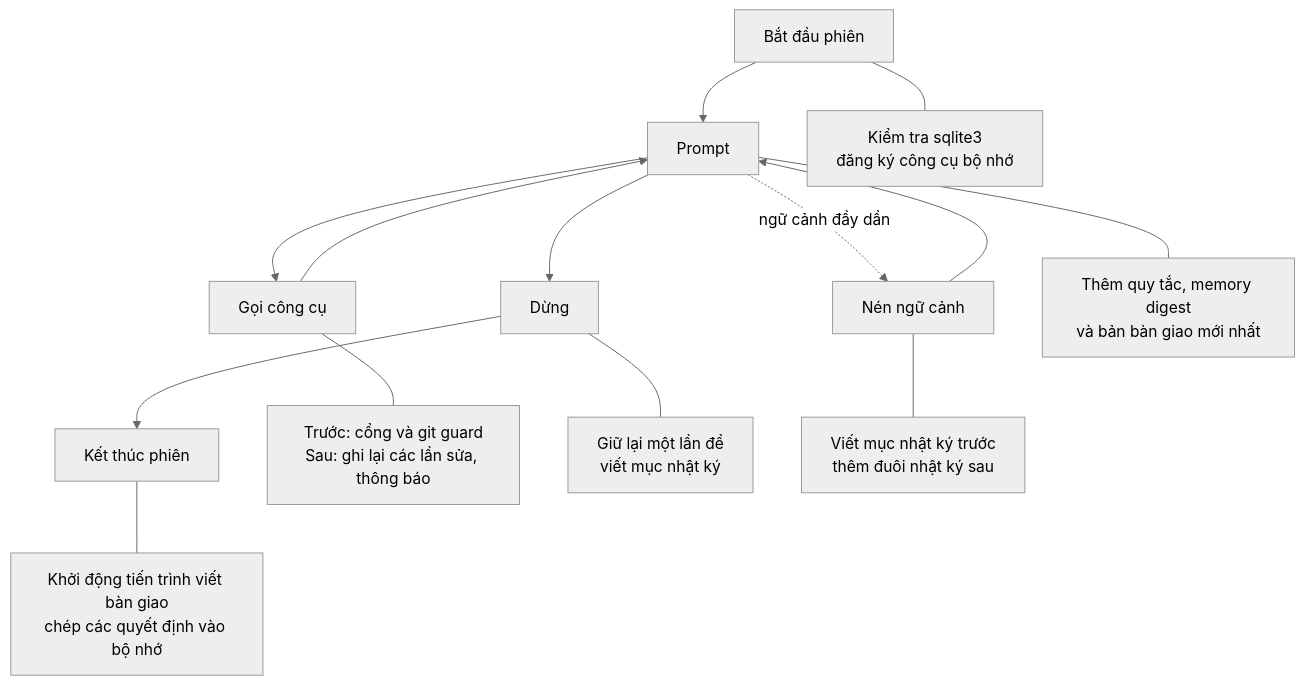
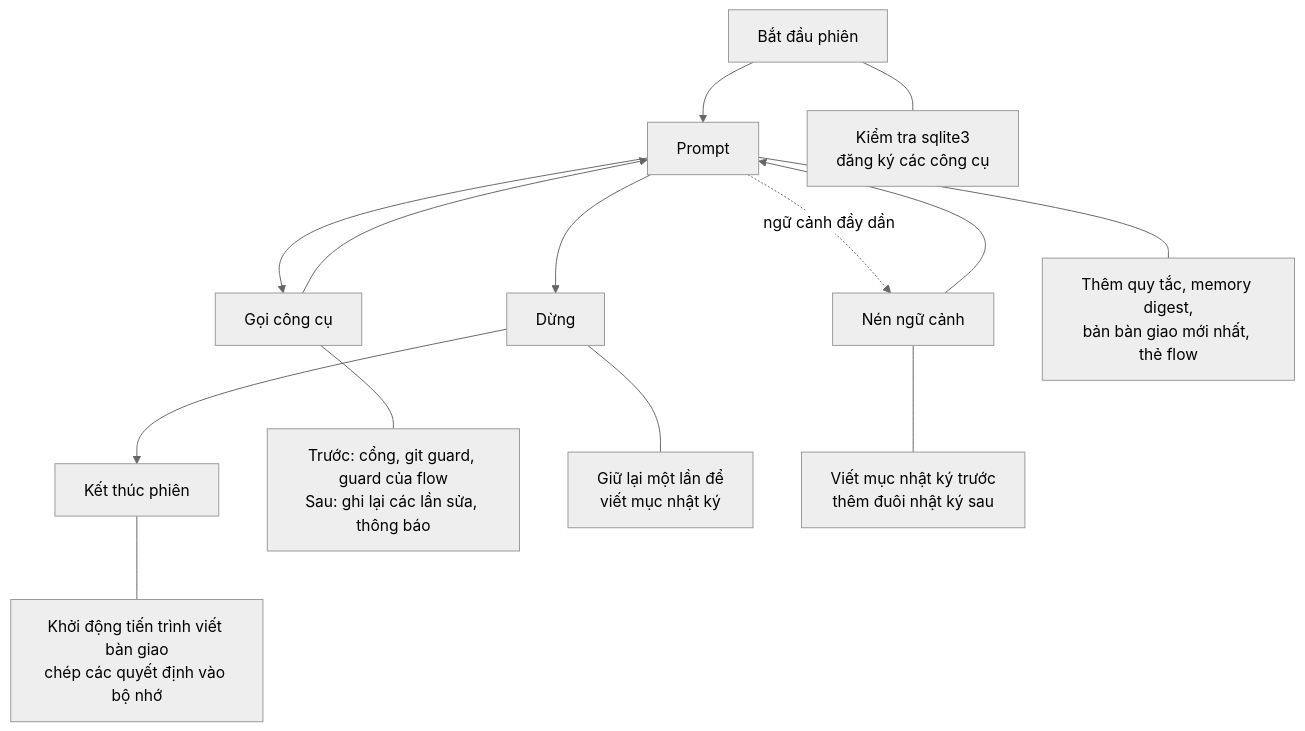
One commit to phantanphatdgteam-gif/snagon-dev-mods changed the first of 2 diagrams in README.vi.md. Above: the diagram before and after it, drawn with Mermaid (neutral theme). The commit also changed other lines of this file and 10 other files, not shown here.

````diff
--- a/README.vi.md
+++ b/README.vi.md
@@ -22,16 +37,16 @@
 ```mermaid
 flowchart TD
   A["Bắt đầu phiên"] --> B["Prompt"]
   B --> C["Gọi công cụ"]
   C --> B
   B --> D["Dừng"]
   D --> E["Kết thúc phiên"]
   B -.->|ngữ cảnh đầy dần| F["Nén ngữ cảnh"]
   F --> B
-  A --- A1["Kiểm tra sqlite3<br/>đăng ký công cụ bộ nhớ"]
-  B --- B1["Thêm quy tắc, memory digest<br/>và bản bàn giao mới nhất"]
-  C --- C1["Trước: cổng và git guard<br/>Sau: ghi lại các lần sửa, thông báo"]
+  A --- A1["Kiểm tra sqlite3<br/>đăng ký các công cụ"]
+  B --- B1["Thêm quy tắc, memory digest,<br/>bản bàn giao mới nhất, thẻ flow"]
+  C --- C1["Trước: cổng, git guard, guard của flow<br/>Sau: ghi lại các lần sửa, thông báo"]
   D --- D1["Giữ lại một lần để<br/>viết mục nhật ký"]
   F --- F1["Viết mục nhật ký trước<br/>thêm đuôi nhật ký sau"]
   E --- E1["Khởi động tiến trình viết bàn giao<br/>chép các quyết định vào bộ nhớ"]
 ```
````
